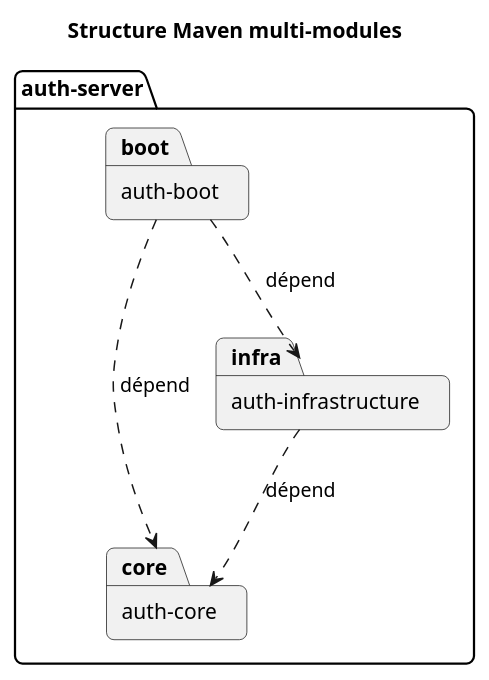
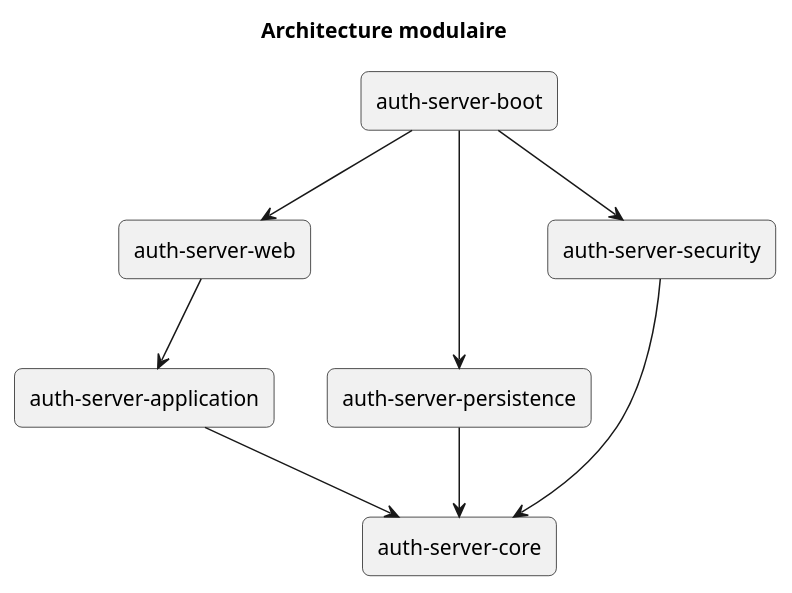
The diagram in docs/diagrams/hexagonal/project-modules.puml (ThibaultCGI/auth-server), drawn with PlantUML before and after one commit. The commit also changed other lines of this file and 340 other files, not shown here.

Commit message:
[feat] Split des modules et création des modules auth-server-web, auth-server-application, auth-server-security et auth-server-persistence (#17)

```diff
--- a/docs/diagrams/hexagonal/project-modules.puml
+++ b/docs/diagrams/hexagonal/project-modules.puml
@@ -1,17 +1,27 @@
 @startuml
-title Structure Maven multi-modules
+title Architecture modulaire
 
 skinparam shadowing false
 skinparam roundcorner 10
 
-package "auth-server" {
-    package "auth-core" as core
-    package "auth-infrastructure" as infra
-    package "auth-boot" as boot
-}
+rectangle "auth-server-core" as core
 
-boot ..> core : dépend
-boot ..> infra : dépend
-infra ..> core : dépend
+rectangle "auth-server-application" as application
+rectangle "auth-server-web" as web
+
+rectangle "auth-server-persistence" as persistence
+rectangle "auth-server-security" as security
+
+rectangle "auth-server-boot" as boot
+
+web --> application
+application --> core
+
+persistence --> core
+security --> core
+
+boot --> web
+boot --> persistence
+boot --> security
 
 @enduml
```
